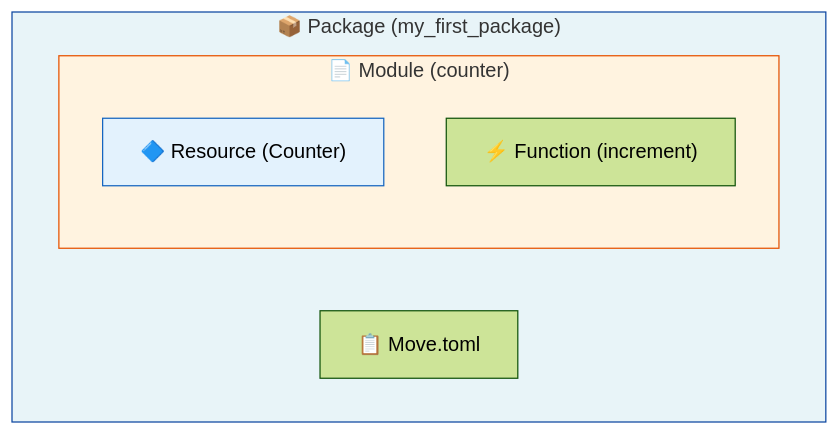
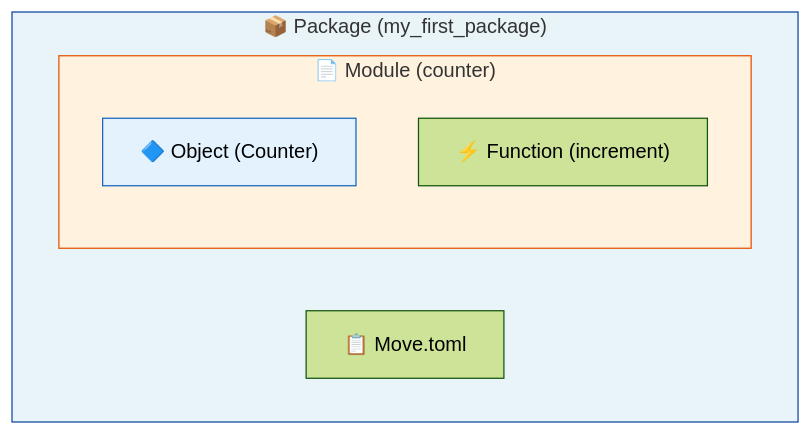
Before and after one commit to suidevgru/suidevgru.github.io: the diagram in i18n/ja/docusaurus-plugin-content-docs/current/learn/beginner/L13-learn-move-mechanics.mdx, drawn with Mermaid (forest theme). The commit also changed other lines of this file, not shown here.

First line of the commit message:
Fix incorrect "Resource" terminology in L13 (ja)

````diff
--- a/i18n/ja/docusaurus-plugin-content-docs/current/learn/beginner/L13-learn-move-mechanics.mdx
+++ b/i18n/ja/docusaurus-plugin-content-docs/current/learn/beginner/L13-learn-move-mechanics.mdx
@@ -23,14 +23,14 @@
 ```mermaid
 graph TB
     subgraph Package["📦 Package (my_first_package)"]
         subgraph Module1["📄 Module (counter)"]
-            Resource1["🔷 Resource (Counter)"]
+            Object1["🔷 Object (Counter)"]
             Function1["⚡ Function (increment)"]
         end
         Config["📋 Move.toml"]
     end
 
     style Package fill:#e8f4f8,stroke:#0d47a1
     style Module1 fill:#fff3e0,stroke:#e65100
-    style Resource1 fill:#e3f2fd,stroke:#1565c0
+    style Object1 fill:#e3f2fd,stroke:#1565c0
 ```
````
